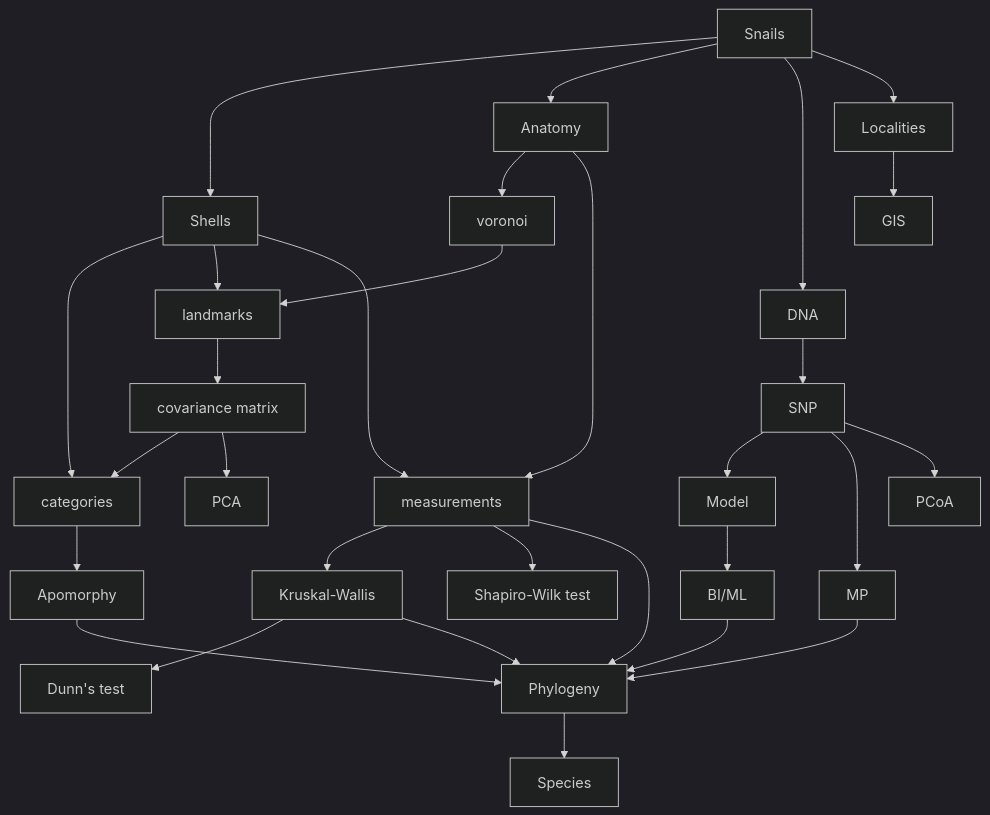
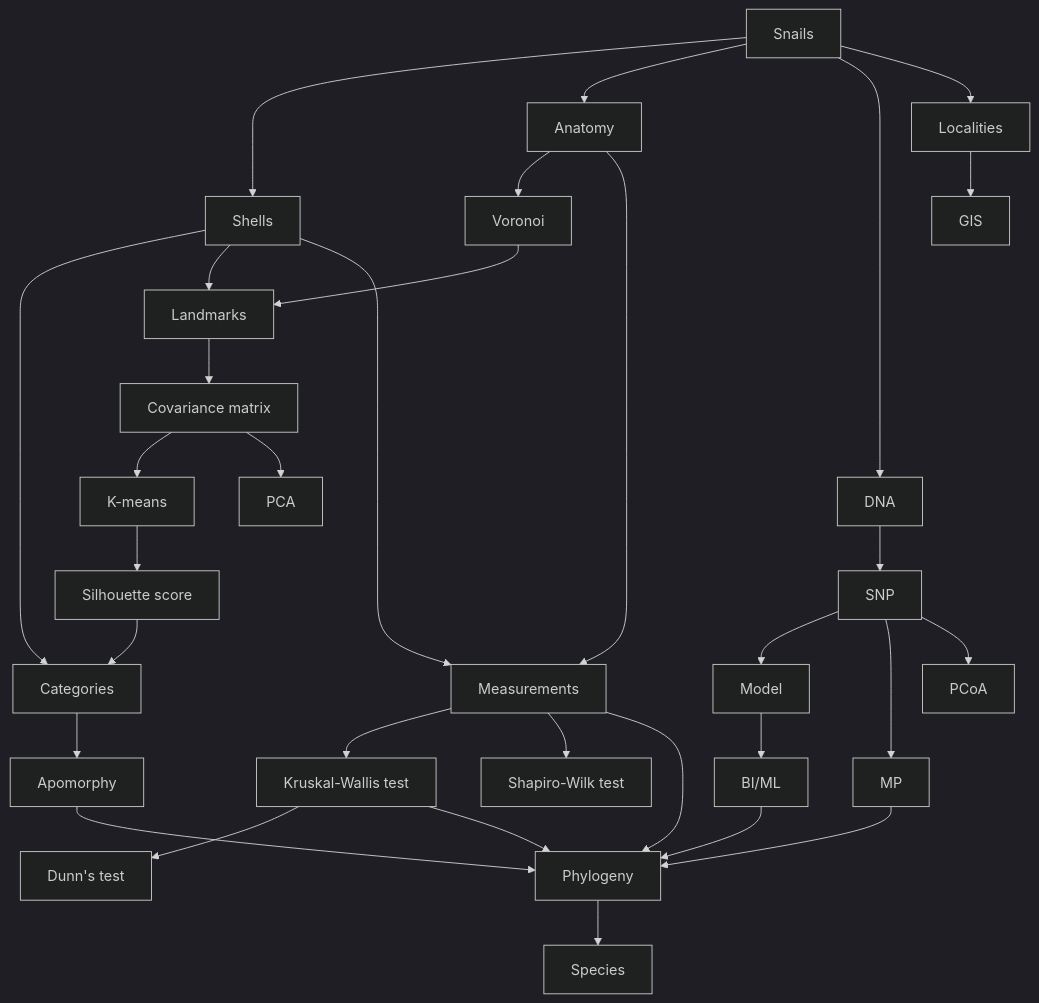
Before and after one commit to starsareintherose/Thersites-Data: the diagram in README.md, drawn with Mermaid (dark theme).

Commit message:
polish: README

````diff
--- a/README.md
+++ b/README.md
@@ -4,39 +4,41 @@
 ```mermaid
 graph TD
     A[Snails] --> B[Shells]
     A --> C[Anatomy]
     A --> D[DNA]
     A --> E[Localities]
 
-    B --> B1[categories]
-    B --> B2[landmarks]
-    B --> B4[measurements]
+    B --> B1[Categories]
+    B --> B2[Landmarks]
+    B --> B4[Measurements]
 
-    B2 --> B3[covariance matrix]
-    B3 --> B1
+    B2 --> B3[Covariance matrix]
+    B3 --> B7[K-means]
+    B7 --> B8[Silhouette score]
+    B8 --> B1
     B3 --> B5[PCA]
   
-    C --> C1[voronoi]
+    C --> C1[Voronoi]
     C --> B4
     C1 --> B2
 
-    B4 --> C2[Kruskal-Wallis]
+    B4 --> C2[Kruskal-Wallis test]
     B4 --> B6[Shapiro-Wilk test]
     B1 --> C3[Apomorphy]
     C2 --> C4[Dunn's test]
 
     C3 --> F1[Phylogeny]
     B4 --> F1
     C2 --> F1
 
     D --> D1[SNP]
     D1 --> D2[Model]
     D1 --> D3[MP]
     D2 --> D4[BI/ML]
     D4 --> F1
     D3 --> F1
     D1 --> D5[PCoA]
 
     E --> E1[GIS]
     F1 --> G[Species]
 ```
````
